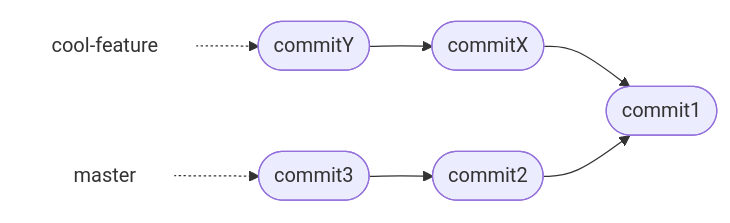
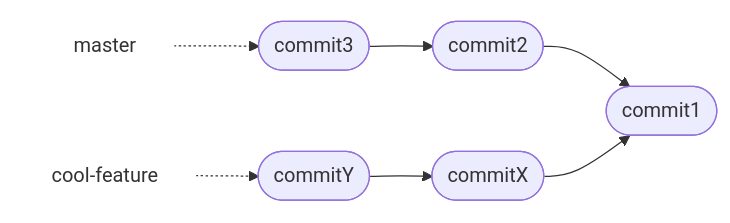
Before and after one commit to hpc2n/course-intro-git: the first of 7 diagrams in docs/branches.md, drawn with Mermaid. The commit also changed other lines of this file, not shown here.

Commit message:
Trying to get the order correct in the mermaid diagram

````diff
--- a/docs/branches.md
+++ b/docs/branches.md
@@ -252,22 +252,22 @@
 ```mermaid
 graph LR
 
   master["master"]
   style master fill:#ffffff,stroke:#ffffff
   cool-feature["cool-feature"]
   style cool-feature fill:#ffffff,stroke:#ffffff
 
   commitX(["commitX"])
   commit1(["commit1"])
   commit2(["commit2"])
   commitY(["commitY"])
   commit3(["commit3"])
 
   master -.-> commit3
+  commit3 --> commit2
+  commit2 --> commit1
   cool-feature -.-> commitY 
+  commitY --> commitX
   commitX --> commit1
-  commit2 --> commit1
-  commitY --> commitX
-  commit3 --> commit2
 
 ```
````
